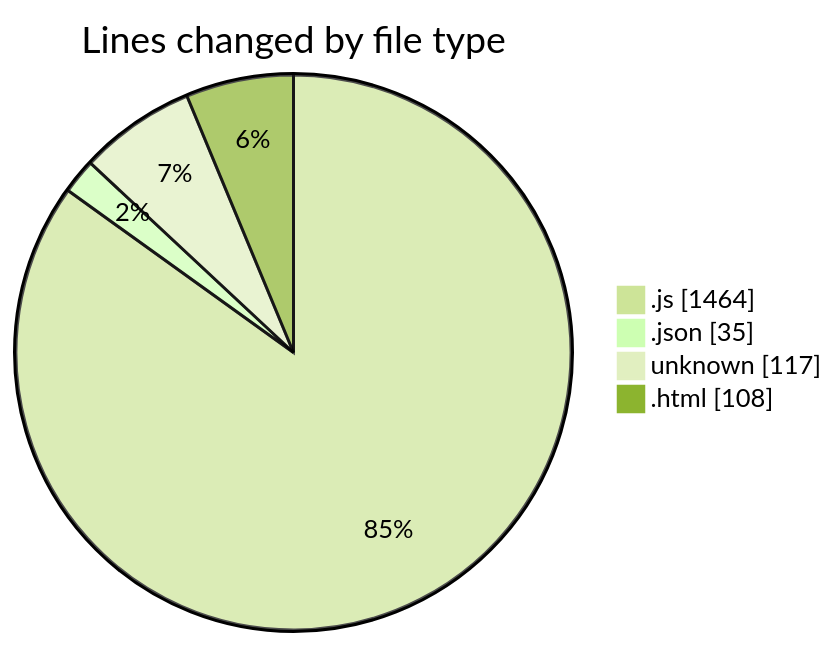
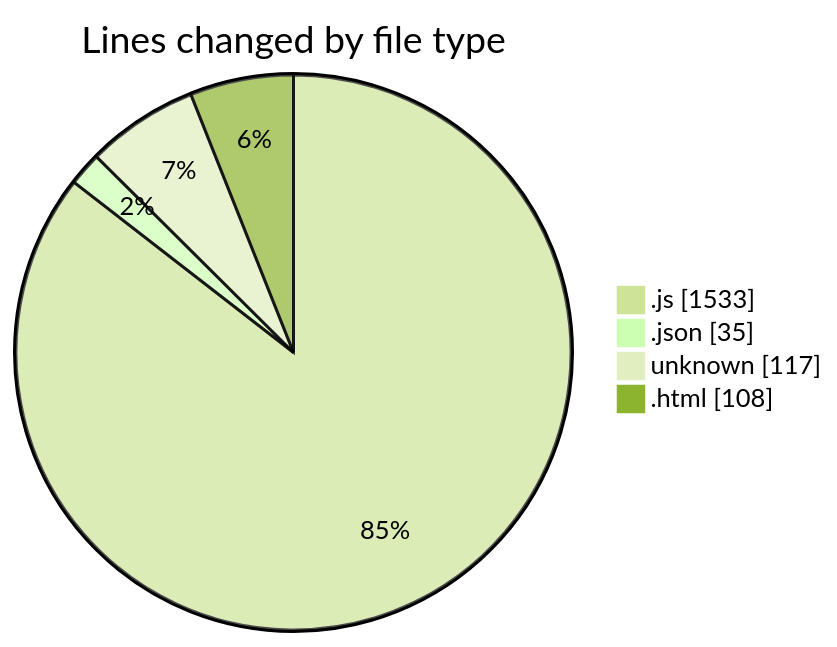
The first of 2 diagrams in 2026-02-20/bot_i_a/README.md (becaeroporto-bot/code-tracking), drawn with Mermaid (forest theme) before and after one commit. The commit also changed other lines of this file and 1 other file, not shown here.

````diff
--- a/2026-02-20/bot_i_a/README.md
+++ b/2026-02-20/bot_i_a/README.md
@@ -38,8 +39,8 @@
 ```mermaid
 pie showData
 title Lines changed by file type
-".js" : 1464
+".js" : 1533
 ".json" : 35
 "unknown" : 117
 ".html" : 108
 ```
````
